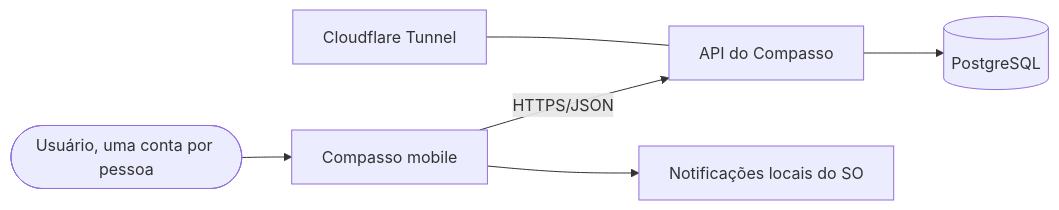
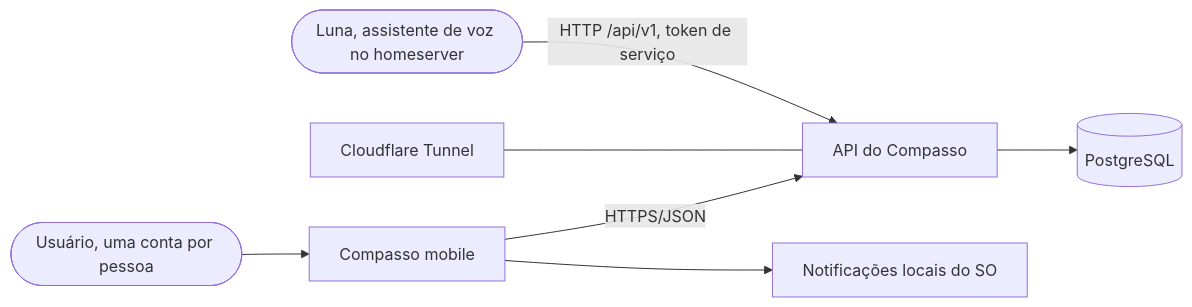
Before and after one commit to dioguit0s/compassoApp: the second of 4 diagrams in docs/especificacao-tecnica-v1.md, drawn with Mermaid. The commit also changed other lines of this file and 30 other files, not shown here.

First line of the commit message:
feat: API /api/v1 para a assistente de voz Luna

````diff
--- a/docs/especificacao-tecnica-v1.md
+++ b/docs/especificacao-tecnica-v1.md
@@ -514,8 +514,9 @@
 ```mermaid
 graph LR
     User([Usuário, uma conta por pessoa]) --> App[Compasso mobile]
     App -->|HTTPS/JSON| API[API do Compasso]
     App --> Notif[Notificações locais do SO]
     API --> DB[(PostgreSQL)]
     Tunnel[Cloudflare Tunnel] --- API
+    Luna([Luna, assistente de voz no homeserver]) -->|HTTP /api/v1, token de serviço| API
 ```
````
